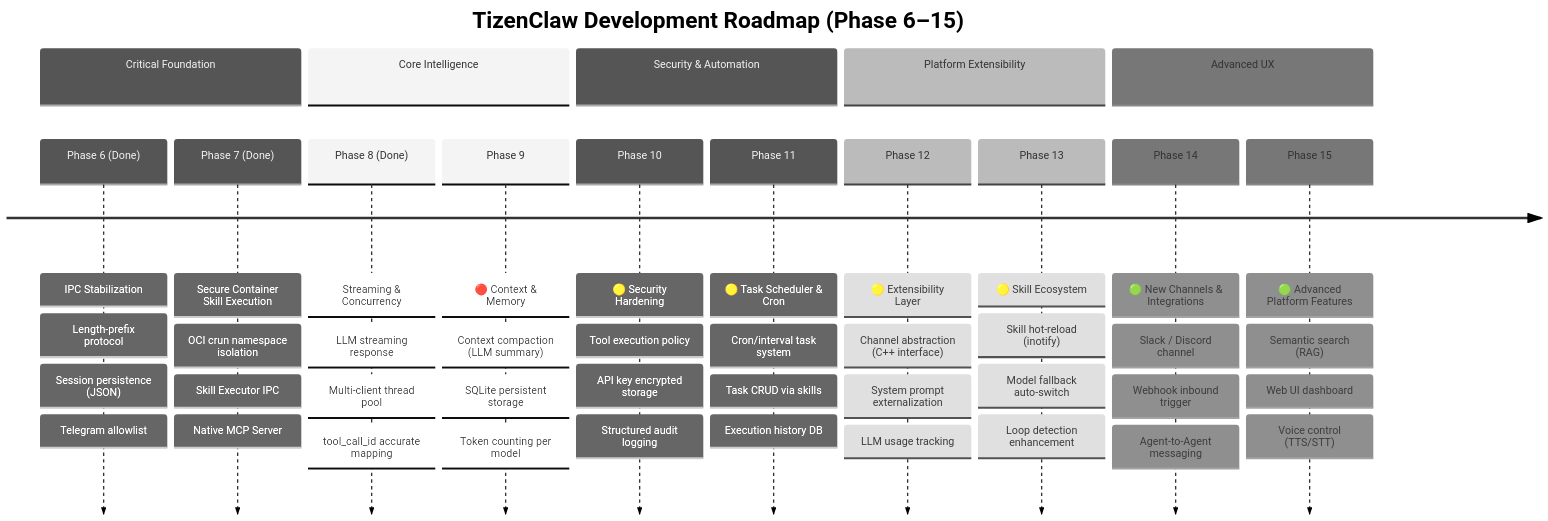
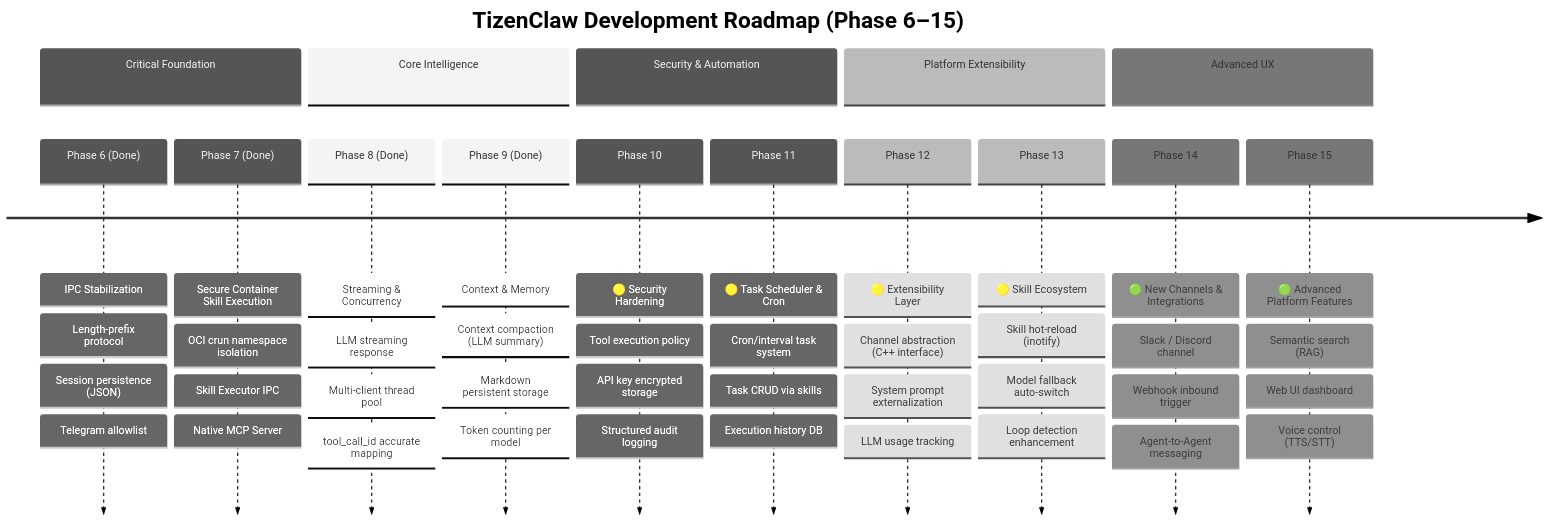
The first of 2 diagrams in docs/ROADMAP.md (hjhun/tizenclaw), drawn with Mermaid (neutral theme) before and after one commit. The commit also changed other lines of this file and 1 other file, not shown here.

First line of the commit message:
Update roadmap to reflect Phase 9 completion

````diff
--- a/docs/ROADMAP.md
+++ b/docs/ROADMAP.md
@@ -58,49 +58,49 @@
 ```mermaid
 timeline
     title TizenClaw Development Roadmap (Phase 6–15)
     section Critical Foundation
         Phase 6 (Done) : IPC Stabilization
                        : Length-prefix protocol
                        : Session persistence (JSON)
                        : Telegram allowlist
         Phase 7 (Done) : Secure Container Skill Execution
                        : OCI crun namespace isolation
                        : Skill Executor IPC
                        : Native MCP Server
     section Core Intelligence
         Phase 8 (Done) : Streaming & Concurrency
                        : LLM streaming response
                        : Multi-client thread pool
                        : tool_call_id accurate mapping
-        Phase 9        : 🔴 Context & Memory
+        Phase 9 (Done) : Context & Memory
                        : Context compaction (LLM summary)
-                       : SQLite persistent storage
+                       : Markdown persistent storage
                        : Token counting per model
     section Security & Automation
         Phase 10       : 🟡 Security Hardening
                        : Tool execution policy
                        : API key encrypted storage
                        : Structured audit logging
         Phase 11       : 🟡 Task Scheduler & Cron
                        : Cron/interval task system
                        : Task CRUD via skills
                        : Execution history DB
     section Platform Extensibility
         Phase 12       : 🟡 Extensibility Layer
                        : Channel abstraction (C++ interface)
                        : System prompt externalization
                        : LLM usage tracking
         Phase 13       : 🟡 Skill Ecosystem
                        : Skill hot-reload (inotify)
                        : Model fallback auto-switch
                        : Loop detection enhancement
     section Advanced UX
         Phase 14       : 🟢 New Channels & Integrations
                        : Slack / Discord channel
                        : Webhook inbound trigger
                        : Agent-to-Agent messaging
         Phase 15       : 🟢 Advanced Platform Features
                        : Semantic search (RAG)
                        : Web UI dashboard
                        : Voice control (TTS/STT)
 ```
````
